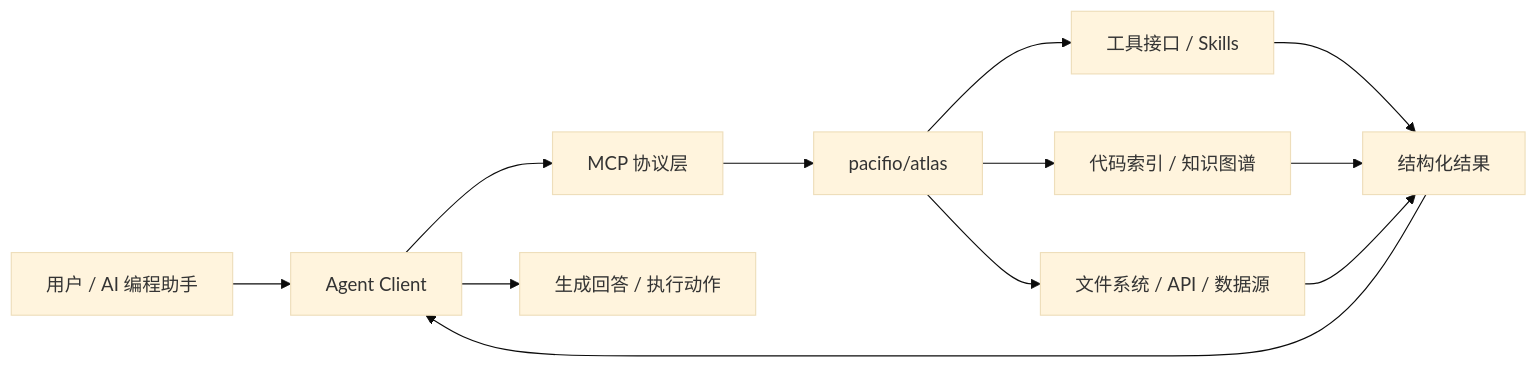
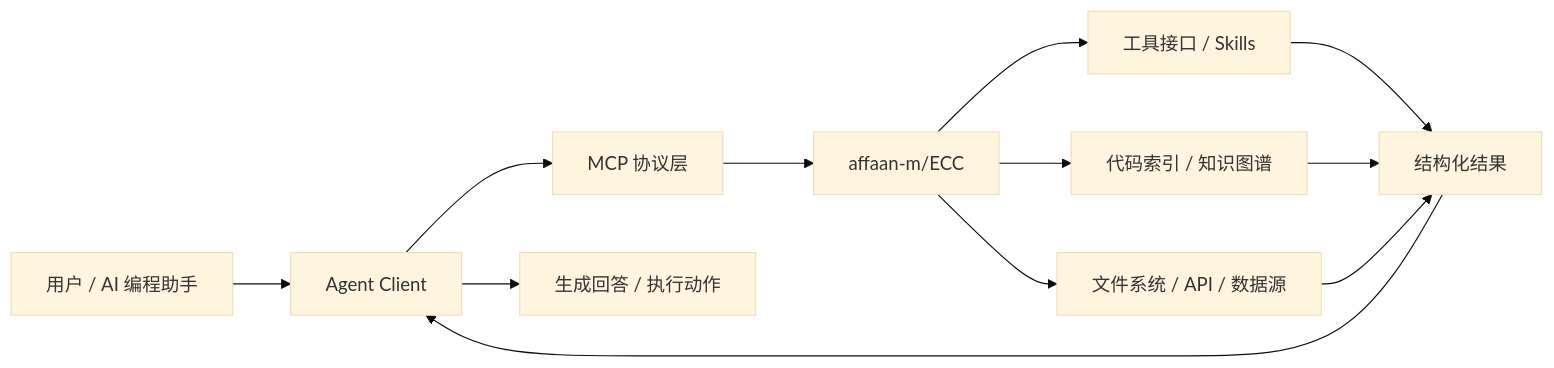
One commit to Lingwangla/github_trend changed the fifth of 5 diagrams in TRENDING.md. Above: the diagram before and after it, drawn with Mermaid (base theme). The commit also changed other lines of this file and 2 other files, not shown here.

````diff
--- a/TRENDING.md
+++ b/TRENDING.md
@@ -188,14 +185,14 @@
 ```mermaid
 flowchart LR
     User[用户 / AI 编程助手] --> Client[Agent Client]
     Client --> Protocol[MCP 协议层]
-    Protocol --> Server[pacifio/atlas]
+    Protocol --> Server[affaan-m/ECC]
     Server --> Tools[工具接口 / Skills]
     Server --> Index[代码索引 / 知识图谱]
     Server --> Data[文件系统 / API / 数据源]
     Tools --> Result[结构化结果]
     Index --> Result
     Data --> Result
     Result --> Client
     Client --> Answer[生成回答 / 执行动作]
 ```
````
